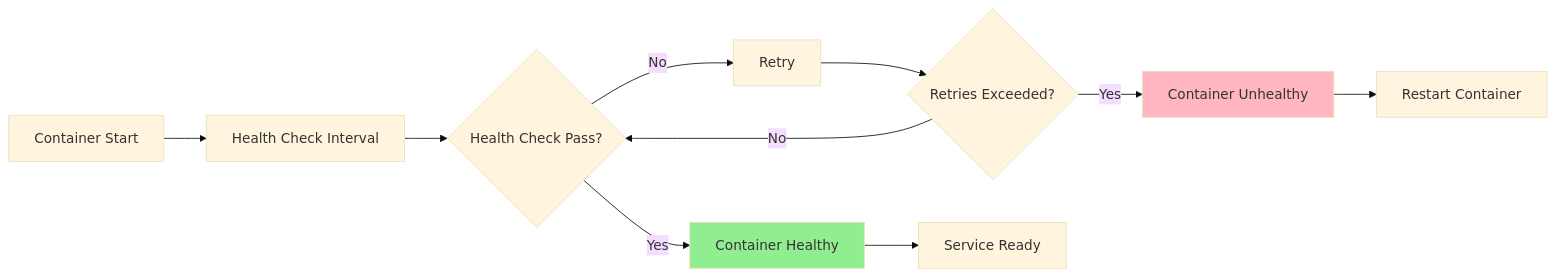
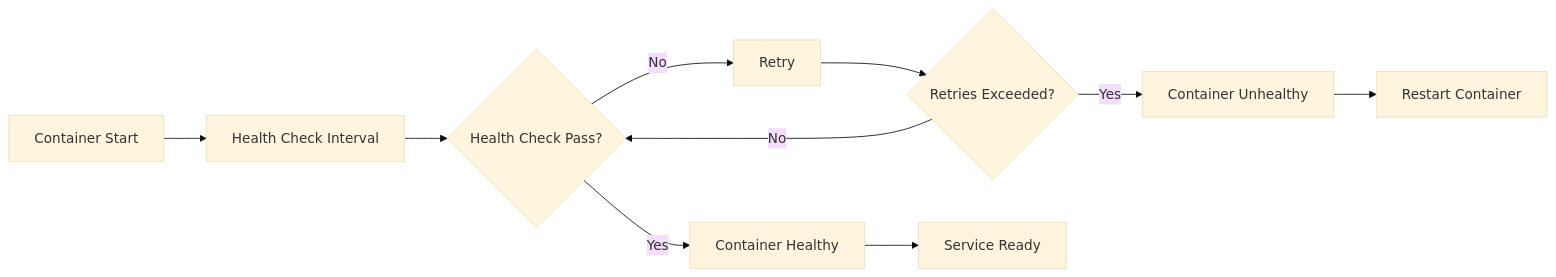
One commit to 4gh0rn/dev-blog changed the ninth of 9 diagrams in docs/projects/conduit-container.md. Above: the diagram before and after it, drawn with Mermaid (base theme). The commit also changed other lines of this file and 17 other files, not shown here.

````diff
--- a/docs/projects/conduit-container.md
+++ b/docs/projects/conduit-container.md
@@ -280,16 +259,13 @@
 ```mermaid
 graph LR
     A[Container Start] --> B[Health Check Interval]
     B --> C{Health Check Pass?}
     C -->|Yes| D[Container Healthy]
     C -->|No| E[Retry]
     E --> F{Retries Exceeded?}
     F -->|No| C
     F -->|Yes| G[Container Unhealthy]
     
     D --> H[Service Ready]
     G --> I[Restart Container]
-    
-    style D fill:#90EE90
-    style G fill:#FFB6C1
 ```
````
